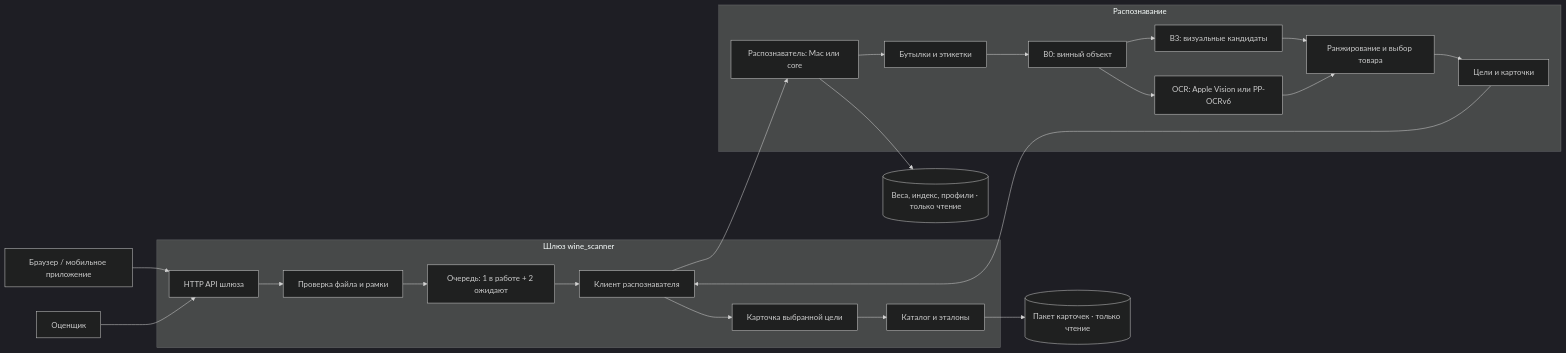
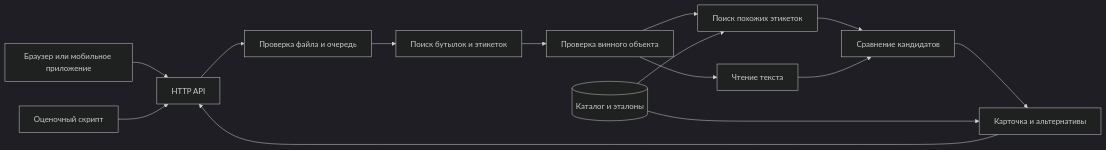
Before and after one commit to AiweApps/rshb-wine-scanner: the diagram in ARCHITECTURE.md, drawn with Mermaid (dark theme). The commit also changed other lines of this file and 6 other files, not shown here.

````diff
--- a/ARCHITECTURE.md
+++ b/ARCHITECTURE.md
@@ -23,25 +9,16 @@
 ```mermaid
 flowchart LR
-    U[Браузер / мобильное приложение] --> H[HTTP API шлюза]
-    E[Оценщик] --> H
-    subgraph APP[Шлюз wine_scanner]
-        H --> V[Проверка файла и рамки]
-        V --> Q[Очередь: 1 в работе + 2 ожидают]
-        Q --> C[Клиент распознавателя]
-        C --> S[Карточка выбранной цели]
-        S --> K[Каталог и эталоны]
-    end
-    K --> A[(Пакет карточек · только чтение)]
-    C --> M[Распознаватель: Mac или core]
-    subgraph ML[Распознавание]
-        M --> D[Бутылки и этикетки]
-        D --> O[B0: винный объект]
-        O --> B[B3: визуальные кандидаты]
-        O --> T[OCR: Apple Vision или PP-OCRv6]
-        B --> R[Ранжирование и выбор товара]
-        T --> R
-        R --> I[Цели и карточки]
-    end
-    I --> C
-    M --> W[(Веса, индекс, профили · только чтение)]
+    U[Браузер или мобильное приложение] --> H[HTTP API]
+    E[Оценочный скрипт] --> H
+    H --> V[Проверка файла и очередь]
+    V --> D[Поиск бутылок и этикеток]
+    D --> O[Проверка винного объекта]
+    O --> B[Поиск похожих этикеток]
+    O --> T[Чтение текста]
+    B --> R[Сравнение кандидатов]
+    T --> R
+    R --> C[Карточка и альтернативы]
+    K[(Каталог и эталоны)] --> B
+    K --> C
+    C --> H
 ```
````
